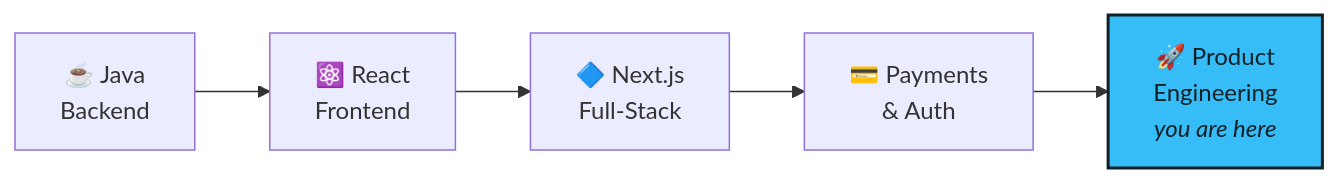
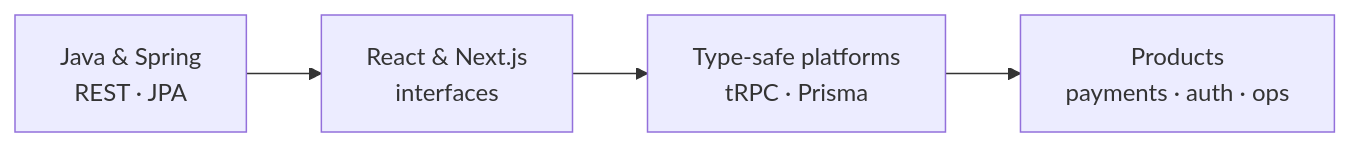
One commit to osamakhalili/osamakhalili changed the diagram in README.md. Above: the diagram before and after it, drawn with Mermaid. The commit also changed other lines of this file and 15 other files, not shown here.

````diff
--- a/README.md
+++ b/README.md
@@ -42,8 +236,6 @@
 ```mermaid
 flowchart LR
-    A["☕ Java<br/>Backend"] --> B["⚛️ React<br/>Frontend"]
-    B --> C["🔷 Next.js<br/>Full-Stack"]
-    C --> D["💳 Payments<br/>& Auth"]
-    D --> E["🚀 Product<br/>Engineering<br/><i>you are here</i>"]
-    style E fill:#36BCF7,stroke:#0f2027,color:#0f2027,stroke-width:2px
+    A["Java & Spring<br/>REST · JPA"] --> B["React & Next.js<br/>interfaces"]
+    B --> C["Type-safe platforms<br/>tRPC · Prisma"]
+    C --> D["Products<br/>payments · auth · ops"]
 ```
````
